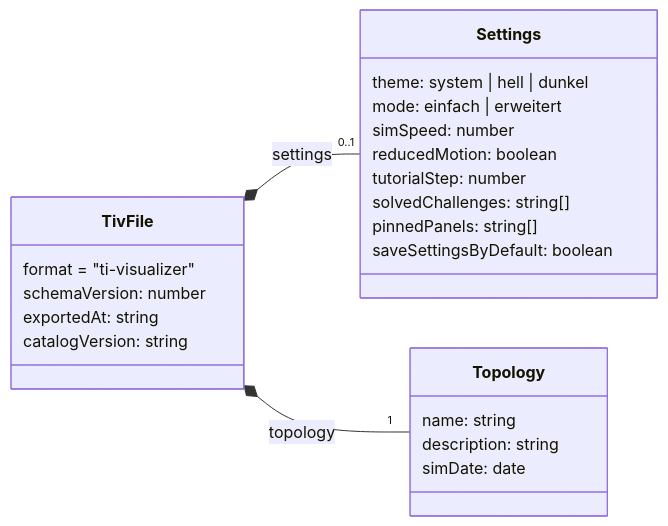
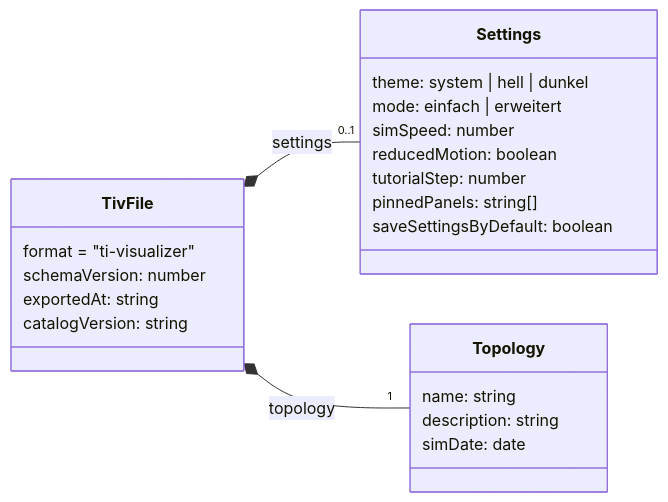
One commit to jurie2000/ti-visualizer changed the third of 10 diagrams in docu/001-ti-visualizer-baukasten/architektur.md. Above: the diagram before and after it, drawn with Mermaid. The commit also changed other lines of this file and 17 other files, not shown here.

````diff
--- a/docu/001-ti-visualizer-baukasten/architektur.md
+++ b/docu/001-ti-visualizer-baukasten/architektur.md
@@ -158,27 +158,26 @@
 ```mermaid
 classDiagram
     direction LR
     class TivFile {
         format = "ti-visualizer"
         schemaVersion: number
         exportedAt: string
         catalogVersion: string
     }
     class Settings {
         theme: system | hell | dunkel
         mode: einfach | erweitert
         simSpeed: number
         reducedMotion: boolean
         tutorialStep: number
-        solvedChallenges: string[]
         pinnedPanels: string[]
         saveSettingsByDefault: boolean
     }
     class Topology {
         name: string
         description: string
         simDate: date
     }
     TivFile *-- "0..1" Settings : settings
     TivFile *-- "1" Topology : topology
 ```
````
